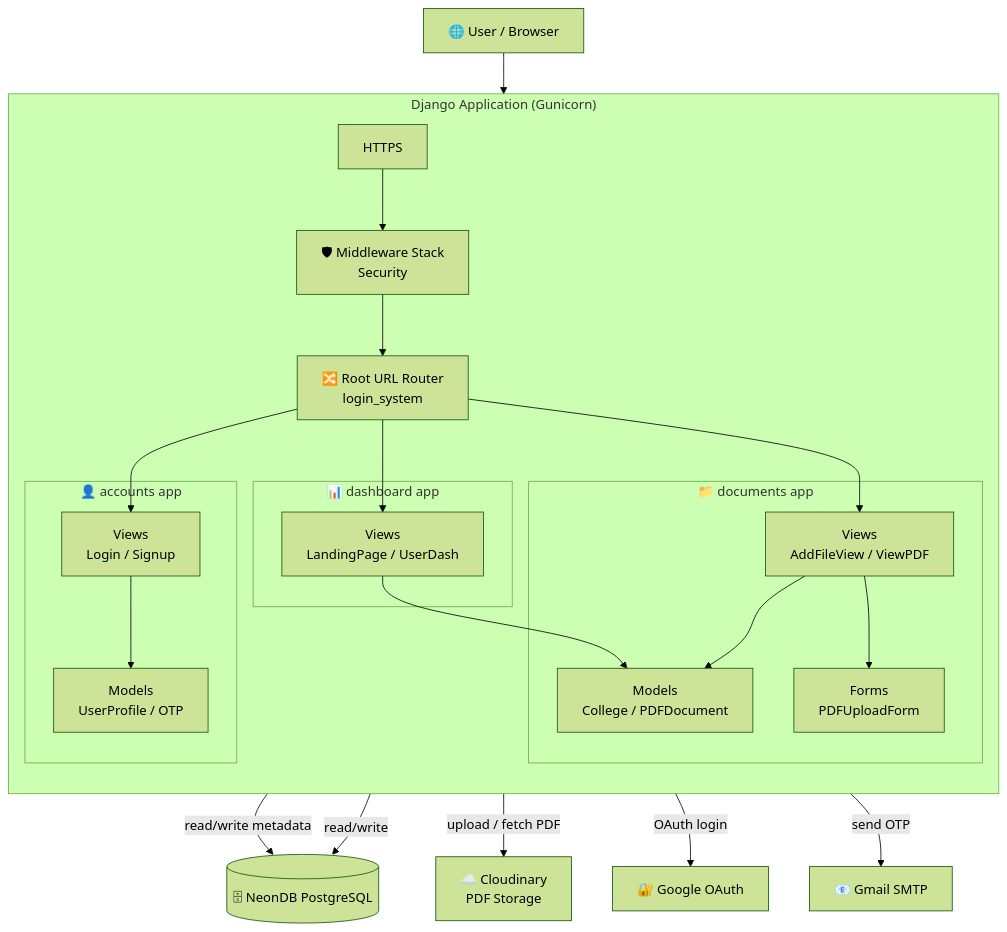
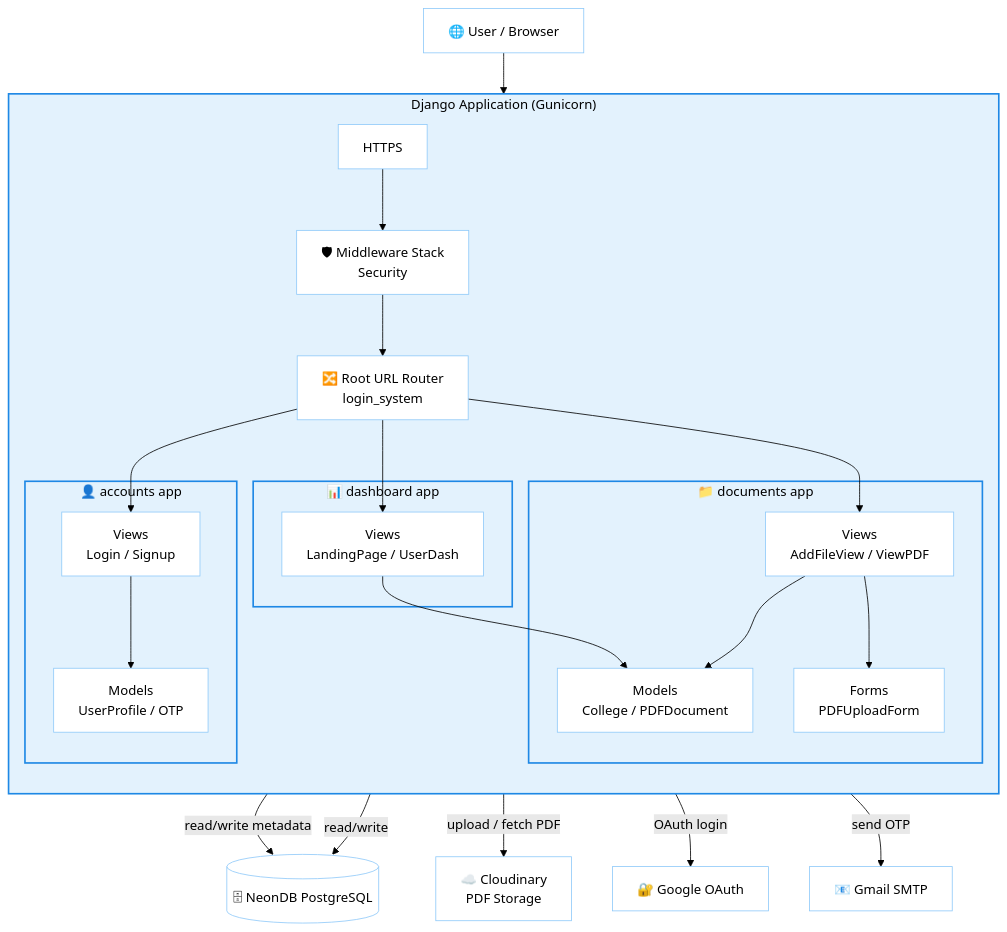
Before and after one commit to AishwaryJain07/AI-Powered-inter-college-platform: the first of 2 diagrams in README.md, drawn with Mermaid (forest theme).

````diff
--- a/README.md
+++ b/README.md
@@ -56,55 +56,67 @@
 ```mermaid
 flowchart TB
 
+    %% Style (Light Blue - Professional)
+    classDef container fill:#e3f2fd,stroke:#1e88e5,stroke-width:2px,color:#000;
+    classDef node fill:#ffffff,stroke:#90caf9,color:#000;
+
+    %% User
     User["🌐 User / Browser"]
     HTTPS["HTTPS"]
+    class User,HTTPS node;
 
     User --> HTTPS
 
+    %% Django Container
     subgraph Django["Django Application (Gunicorn)"]
         direction TB
 
         Middleware["🛡 Middleware Stack\nSecurity"]
         Router["🔀 Root URL Router\nlogin_system"]
-
-        HTTPS --> Middleware --> Router
 
         subgraph Dashboard["📊 dashboard app"]
             DashboardView["Views\nLandingPage / UserDash"]
         end
 
         subgraph Documents["📁 documents app"]
             DocView["Views\nAddFileView / ViewPDF"]
             DocModels["Models\nCollege / PDFDocument"]
             DocForms["Forms\nPDFUploadForm"]
         end
 
         subgraph Accounts["👤 accounts app"]
             AuthView["Views\nLogin / Signup"]
             AuthModels["Models\nUserProfile / OTP"]
         end
 
+        HTTPS --> Middleware --> Router
+
         Router --> DashboardView
         Router --> DocView
         Router --> AuthView
 
         DashboardView --> DocModels
         DocView --> DocForms
         DocView --> DocModels
         AuthView --> AuthModels
     end
 
+    class Django,Dashboard,Documents,Accounts container;
+
+    %% External + DB
     DB[(🗄 NeonDB PostgreSQL)]
     Storage["☁️ Cloudinary\nPDF Storage"]
-
     Google["🔐 Google OAuth"]
     Gmail["📧 Gmail SMTP"]
+
+    class DB node;
+    class Storage,Google,Gmail node;
 
     DocModels -->|read/write metadata| DB
     AuthModels -->|read/write| DB
 
     DocView -->|upload / fetch PDF| Storage
 
     AuthView -->|OAuth login| Google
     AuthView -->|send OTP| Gmail
 ```
````
